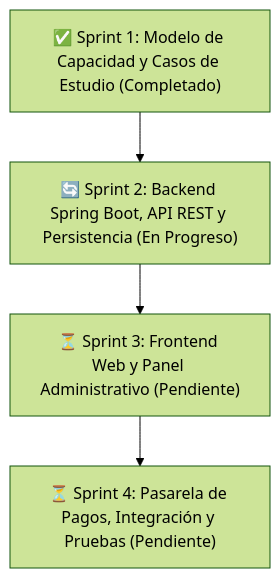
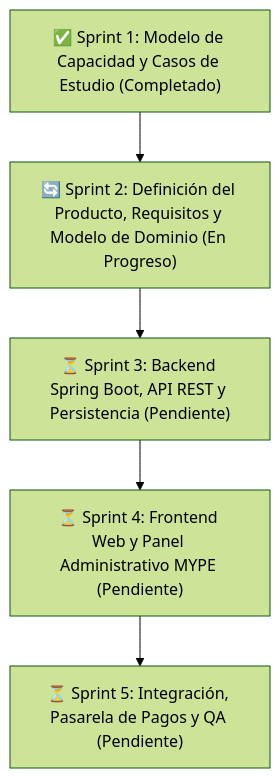
One commit to iJosueeh/jaldishop changed the second of 2 diagrams in README.md. Above: the diagram before and after it, drawn with Mermaid (forest theme). The commit also changed other lines of this file and 14 other files, not shown here.

````diff
--- a/README.md
+++ b/README.md
@@ -103,9 +104,10 @@
 ```mermaid
 flowchart TD
     S1["✅ Sprint 1: Modelo de Capacidad y Casos de Estudio (Completado)"]
-    S2["🔄 Sprint 2: Backend Spring Boot, API REST y Persistencia (En Progreso)"]
-    S3["⏳ Sprint 3: Frontend Web y Panel Administrativo (Pendiente)"]
-    S4["⏳ Sprint 4: Pasarela de Pagos, Integración y Pruebas (Pendiente)"]
+    S2["🔄 Sprint 2: Definición del Producto, Requisitos y Modelo de Dominio (En Progreso)"]
+    S3["⏳ Sprint 3: Backend Spring Boot, API REST y Persistencia (Pendiente)"]
+    S4["⏳ Sprint 4: Frontend Web y Panel Administrativo MYPE (Pendiente)"]
+    S5["⏳ Sprint 5: Integración, Pasarela de Pagos y QA (Pendiente)"]
 
-    S1 --> S2 --> S3 --> S4
+    S1 --> S2 --> S3 --> S4 --> S5
 ```
````
